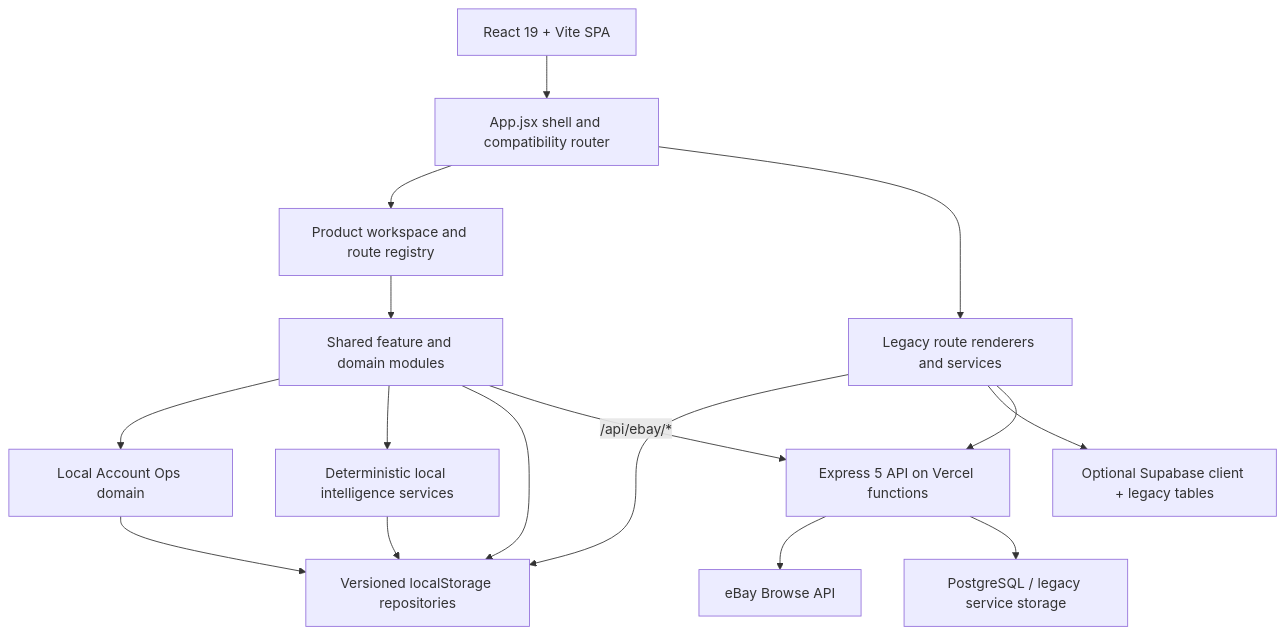
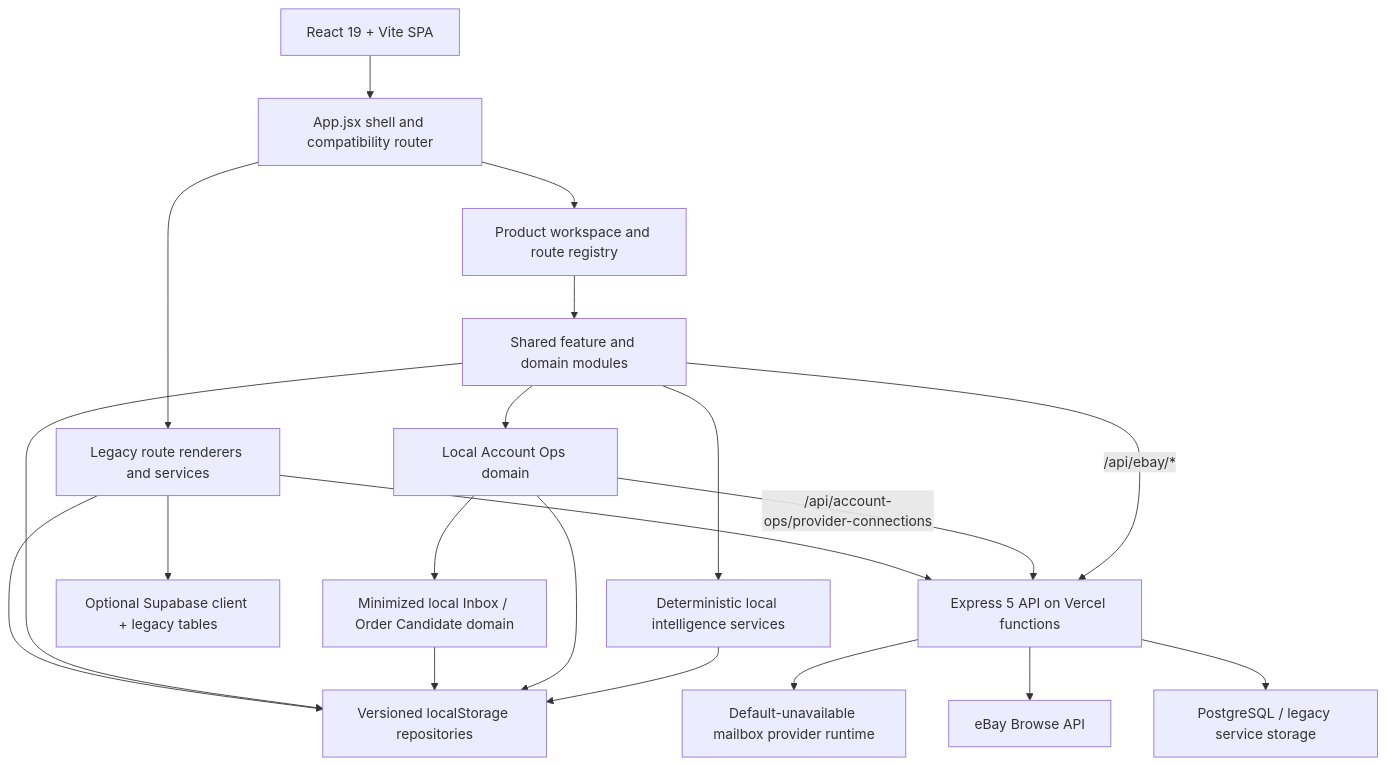
One commit to zafthegreat-cyber/ember-ledger changed the first of 2 diagrams in docs/ARCHITECTURE.md. Above: the diagram before and after it, drawn with Mermaid. The commit also changed other lines of this file and 62 other files, not shown here.

Commit message:
Code 3 Phase 2B1 inbox order foundation

````diff
--- a/docs/ARCHITECTURE.md
+++ b/docs/ARCHITECTURE.md
@@ -109,31 +111,37 @@
 ```mermaid
 flowchart TD
     Browser["React 19 + Vite SPA"]
     Shell["App.jsx shell and compatibility router"]
     Registry["Product workspace and route registry"]
     Canonical["Shared feature and domain modules"]
     AccountOps["Local Account Ops domain"]
+    InboxOrder["Minimized local Inbox / Order Candidate domain"]
     Intelligence["Deterministic local intelligence services"]
     Legacy["Legacy route renderers and services"]
     Local["Versioned localStorage repositories"]
     Supabase["Optional Supabase client + legacy tables"]
     API["Express 5 API on Vercel functions"]
+    ProviderRuntime["Default-unavailable mailbox provider runtime"]
     Ebay["eBay Browse API"]
     Postgres["PostgreSQL / legacy service storage"]
 
     Browser --> Shell
     Shell --> Registry
     Registry --> Canonical
     Canonical --> AccountOps
+    AccountOps --> InboxOrder
     Shell --> Legacy
     Canonical --> Intelligence
     Intelligence --> Local
     AccountOps --> Local
+    InboxOrder --> Local
     Canonical --> Local
     Legacy --> Local
     Legacy --> Supabase
     Canonical -->|"/api/ebay/*"| API
+    AccountOps -->|"/api/account-ops/provider-connections"| API
+    API --> ProviderRuntime
     Legacy --> API
     API --> Ebay
     API --> Postgres
 ```
````
